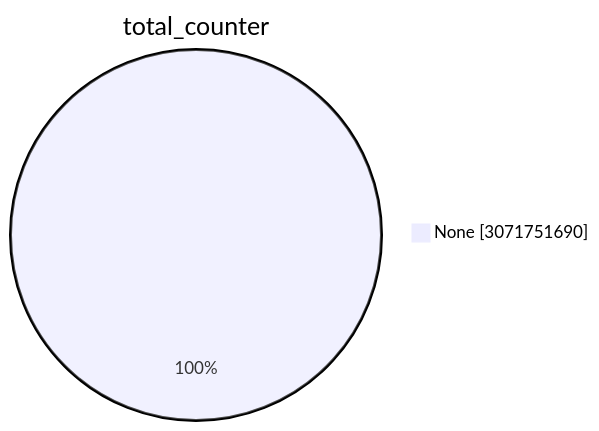
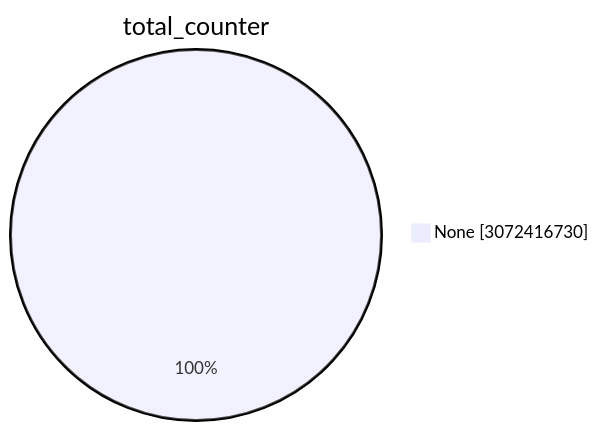
The first of 15 diagrams in TOTAL/README.md (christiankrug/ctmonitor_visualization), drawn with Mermaid before and after one commit. The commit also changed other lines of this file, not shown here.

````diff
--- a/TOTAL/README.md
+++ b/TOTAL/README.md
@@ -1,5 +1,5 @@
 ```mermaid
 pie showData
 title total_counter
-"None" :3071751690
+"None" :3072416730
 ```
````
